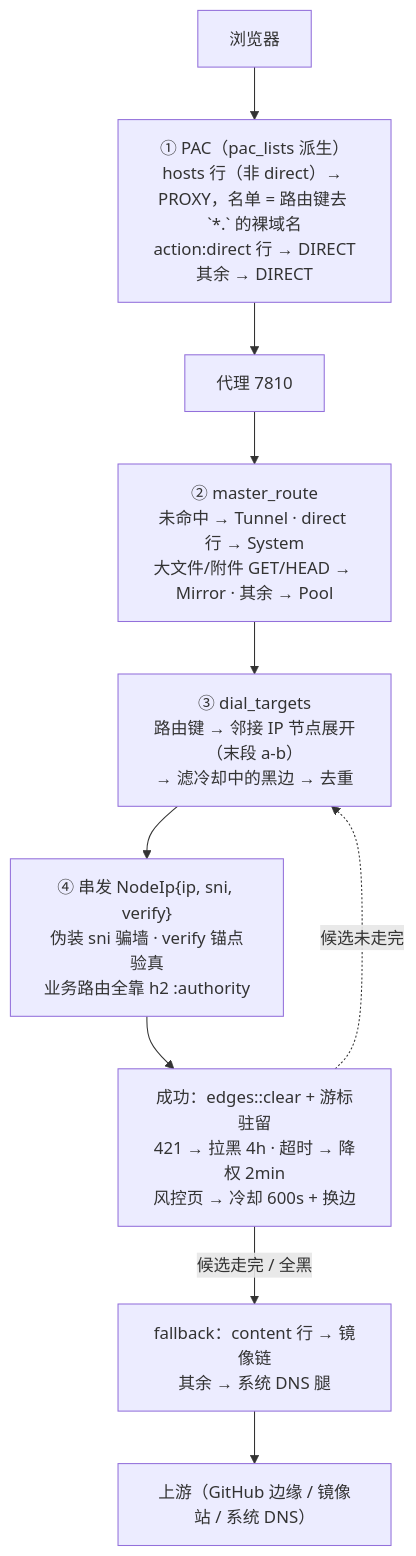
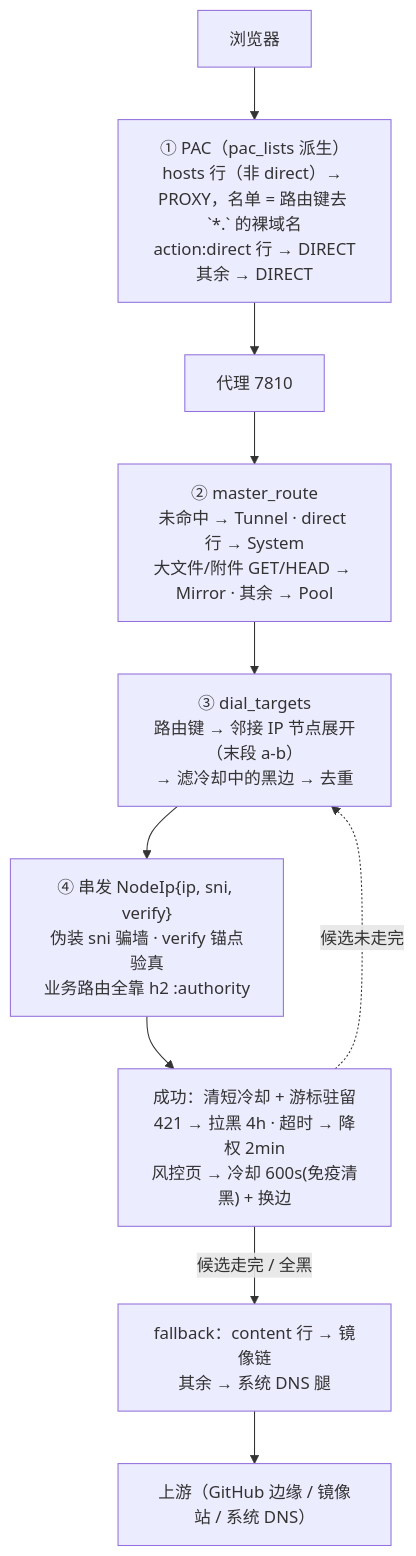
The diagram in docs/ROUTING.md (zhidian-cmd/gitport-github), drawn with Mermaid before and after one commit. The commit also changed other lines of this file and 4 other files, not shown here.

````diff
--- a/docs/ROUTING.md
+++ b/docs/ROUTING.md
@@ -8,12 +8,12 @@
 ```mermaid
 flowchart TD
     B["浏览器"] --> L1["① PAC（pac_lists 派生）<br/>hosts 行（非 direct）→ PROXY，名单 = 路由键去 `*.` 的裸域名<br/>action:direct 行 → DIRECT<br/>其余 → DIRECT"]
     L1 --> P["代理 7810"]
     P --> L2["② master_route<br/>未命中 → Tunnel · direct 行 → System<br/>大文件/附件 GET/HEAD → Mirror · 其余 → Pool"]
     L2 --> L3["③ dial_targets<br/>路由键 → 邻接 IP 节点展开（末段 a-b）<br/>→ 滤冷却中的黑边 → 去重"]
     L3 --> L4["④ 串发 NodeIp{ip, sni, verify}<br/>伪装 sni 骗墙 · verify 锚点验真<br/>业务路由全靠 h2 :authority"]
-    L4 --> OUT["成功：edges::clear + 游标驻留<br/>421 → 拉黑 4h · 超时 → 降权 2min<br/>风控页 → 冷却 600s + 换边"]
+    L4 --> OUT["成功：清短冷却 + 游标驻留<br/>421 → 拉黑 4h · 超时 → 降权 2min<br/>风控页 → 冷却 600s(免疫清黑) + 换边"]
     OUT -.->|"候选未走完"| L3
     OUT -->|"候选走完 / 全黑"| FB["fallback：content 行 → 镜像链<br/>其余 → 系统 DNS 腿"]
     FB --> UP["上游（GitHub 边缘 / 镜像站 / 系统 DNS）"]
 ```
````
